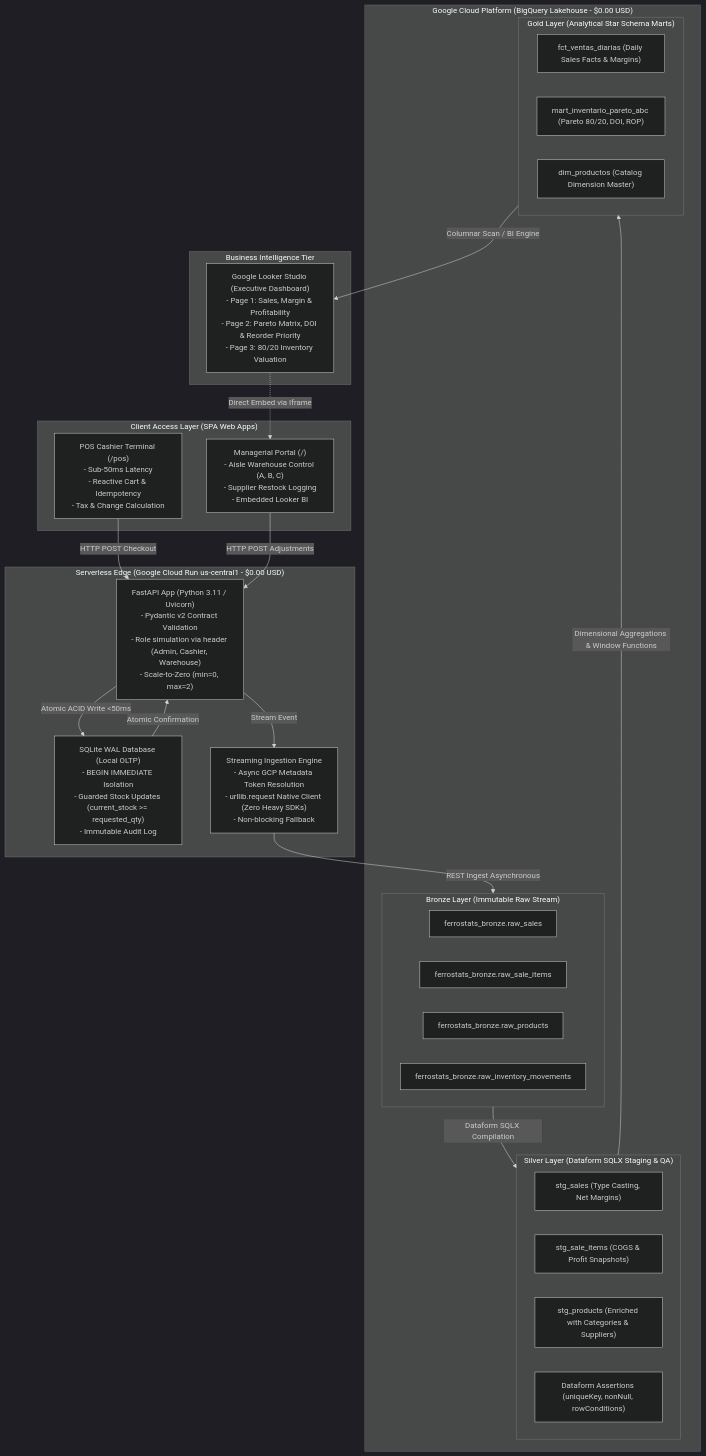
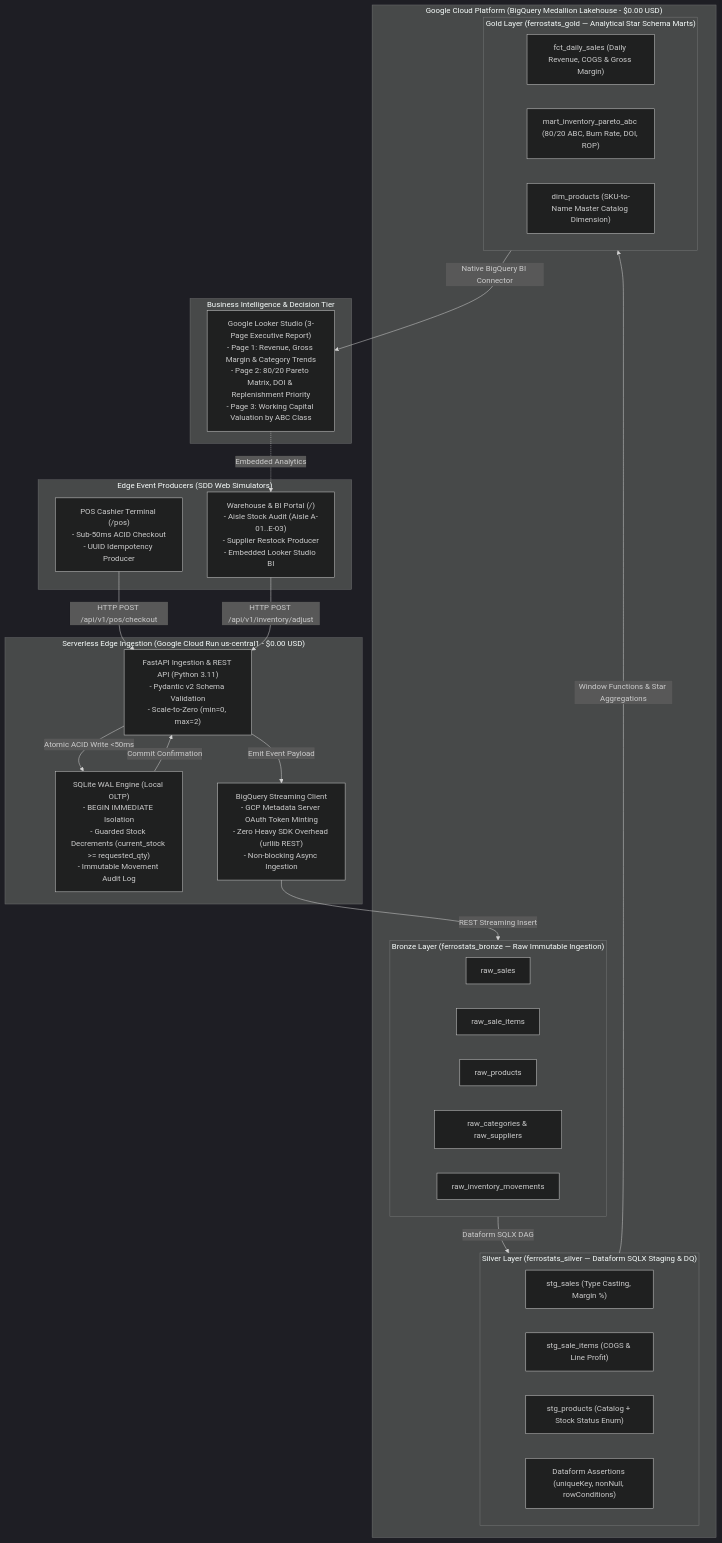
Before and after one commit to bapatata688/Ferrostats: the diagram in README.md, drawn with Mermaid (dark theme). The commit also changed other lines of this file and 24 other files, not shown here.

Commit message:
feat(data-platform): standardize English catalog, Dataform Gold marts, POS/BI UI & SDD README

````diff
--- a/README.md
+++ b/README.md
@@ -88,51 +94,52 @@
 ```mermaid
 flowchart TD
-    subgraph CLIENT["Client Access Layer (SPA Web Apps)"]
-        UI_POS["POS Cashier Terminal (/pos)\n- Sub-50ms Latency\n- Reactive Cart & Idempotency\n- Tax & Change Calculation"]
-        UI_MGR["Managerial Portal (/)\n- Aisle Warehouse Control (A, B, C)\n- Supplier Restock Logging\n- Embedded Looker BI"]
+    subgraph CLIENT["Edge Event Producers (SDD Web Simulators)"]
+        UI_POS["POS Cashier Terminal (/pos)\n- Sub-50ms ACID Checkout\n- UUID Idempotency Producer"]
+        UI_MGR["Warehouse & BI Portal (/)\n- Aisle Stock Audit (Aisle A-01..E-03)\n- Supplier Restock Producer\n- Embedded Looker Studio BI"]
     end
 
-    subgraph CLOUD_RUN["Serverless Edge (Google Cloud Run us-central1 - $0.00 USD)"]
-        FASTAPI["FastAPI App (Python 3.11 / Uvicorn)\n- Pydantic v2 Contract Validation\n- Role simulation via header (Admin, Cashier, Warehouse)\n- Scale-to-Zero (min=0, max=2)"]
-        SQLITE["SQLite WAL Database (Local OLTP)\n- BEGIN IMMEDIATE Isolation\n- Guarded Stock Updates (current_stock >= requested_qty)\n- Immutable Audit Log"]
-        SYNC_ENGINE["Streaming Ingestion Engine\n- Async GCP Metadata Token Resolution\n- urllib.request Native Client (Zero Heavy SDKs)\n- Non-blocking Fallback"]
+    subgraph CLOUD_RUN["Serverless Edge Ingestion (Google Cloud Run us-central1 - $0.00 USD)"]
+        FASTAPI["FastAPI Ingestion & REST API (Python 3.11)\n- Pydantic v2 Schema Validation\n- Scale-to-Zero (min=0, max=2)"]
+        SQLITE["SQLite WAL Engine (Local OLTP)\n- BEGIN IMMEDIATE Isolation\n- Guarded Stock Decrements (current_stock >= requested_qty)\n- Immutable Movement Audit Log"]
+        SYNC_ENGINE["BigQuery Streaming Client\n- GCP Metadata Server OAuth Token Minting\n- Zero Heavy SDK Overhead (urllib REST)\n- Non-blocking Async Ingestion"]
     end
 
-    subgraph GCP_DATA_PLATFORM["Google Cloud Platform (BigQuery Lakehouse - $0.00 USD)"]
-        subgraph BRONZE["Bronze Layer (Immutable Raw Stream)"]
-            BQ_RAW_SALES["ferrostats_bronze.raw_sales"]
-            BQ_RAW_ITEMS["ferrostats_bronze.raw_sale_items"]
-            BQ_RAW_PROD["ferrostats_bronze.raw_products"]
-            BQ_RAW_MOV["ferrostats_bronze.raw_inventory_movements"]
+    subgraph GCP_DATA_PLATFORM["Google Cloud Platform (BigQuery Medallion Lakehouse - $0.00 USD)"]
+        subgraph BRONZE["Bronze Layer (ferrostats_bronze — Raw Immutable Ingestion)"]
+            BQ_RAW_SALES["raw_sales"]
+            BQ_RAW_ITEMS["raw_sale_items"]
+            BQ_RAW_PROD["raw_products"]
+            BQ_RAW_CAT["raw_categories & raw_suppliers"]
+            BQ_RAW_MOV["raw_inventory_movements"]
         end
 
-        subgraph SILVER["Silver Layer (Dataform SQLX Staging & QA)"]
-            DF_STG_SALES["stg_sales (Type Casting, Net Margins)"]
-            DF_STG_ITEMS["stg_sale_items (COGS & Profit Snapshots)"]
-            DF_STG_PROD["stg_products (Enriched with Categories & Suppliers)"]
+        subgraph SILVER["Silver Layer (ferrostats_silver — Dataform SQLX Staging & DQ)"]
+            DF_STG_SALES["stg_sales (Type Casting, Margin %)"]
+            DF_STG_ITEMS["stg_sale_items (COGS & Line Profit)"]
+            DF_STG_PROD["stg_products (Catalog + Stock Status Enum)"]
             DF_ASSERT["Dataform Assertions (uniqueKey, nonNull, rowConditions)"]
         end
 
-        subgraph GOLD["Gold Layer (Analytical Star Schema Marts)"]
-            DM_SALES["fct_ventas_diarias (Daily Sales Facts & Margins)"]
-            DM_PARETO["mart_inventario_pareto_abc (Pareto 80/20, DOI, ROP)"]
-            DM_PROD["dim_productos (Catalog Dimension Master)"]
+        subgraph GOLD["Gold Layer (ferrostats_gold — Analytical Star Schema Marts)"]
+            DM_SALES["fct_daily_sales (Daily Revenue, COGS & Gross Margin)"]
+            DM_PARETO["mart_inventory_pareto_abc (80/20 ABC, Burn Rate, DOI, ROP)"]
+            DM_PROD["dim_products (SKU-to-Name Master Catalog Dimension)"]
         end
     end
 
-    subgraph BI_VIZ["Business Intelligence Tier"]
-        LOOKER["Google Looker Studio (Executive Dashboard)\n- Page 1: Sales, Margin & Profitability\n- Page 2: Pareto Matrix, DOI & Reorder Priority\n- Page 3: 80/20 Inventory Valuation"]
+    subgraph BI_VIZ["Business Intelligence & Decision Tier"]
+        LOOKER["Google Looker Studio (3-Page Executive Report)\n- Page 1: Revenue, Gross Margin & Category Trends\n- Page 2: 80/20 Pareto Matrix, DOI & Replenishment Priority\n- Page 3: Working Capital Valuation by ABC Class"]
     end
 
-    UI_POS -->|HTTP POST Checkout| FASTAPI
-    UI_MGR -->|HTTP POST Adjustments| FASTAPI
+    UI_POS -->|HTTP POST /api/v1/pos/checkout| FASTAPI
+    UI_MGR -->|HTTP POST /api/v1/inventory/adjust| FASTAPI
     FASTAPI -->|Atomic ACID Write <50ms| SQLITE
-    SQLITE -->|Atomic Confirmation| FASTAPI
-    FASTAPI -->|Stream Event| SYNC_ENGINE
-    SYNC_ENGINE -->|REST Ingest Asynchronous| BRONZE
+    SQLITE -->|Commit Confirmation| FASTAPI
+    FASTAPI -->|Emit Event Payload| SYNC_ENGINE
+    SYNC_ENGINE -->|REST Streaming Insert| BRONZE
 
-    BRONZE -->|Dataform SQLX Compilation| SILVER
-    SILVER -->|Dimensional Aggregations & Window Functions| GOLD
-    GOLD -->|Columnar Scan / BI Engine| LOOKER
-    LOOKER -.->|Direct Embed via Iframe| UI_MGR
+    BRONZE -->|Dataform SQLX DAG| SILVER
+    SILVER -->|Window Functions & Star Aggregations| GOLD
+    GOLD -->|Native BigQuery BI Connector| LOOKER
+    LOOKER -.->|Embedded Analytics| UI_MGR
 ```
````
